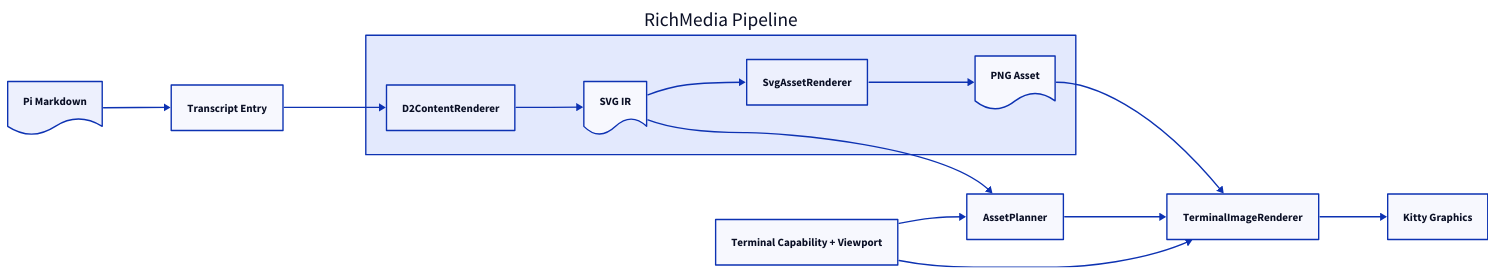
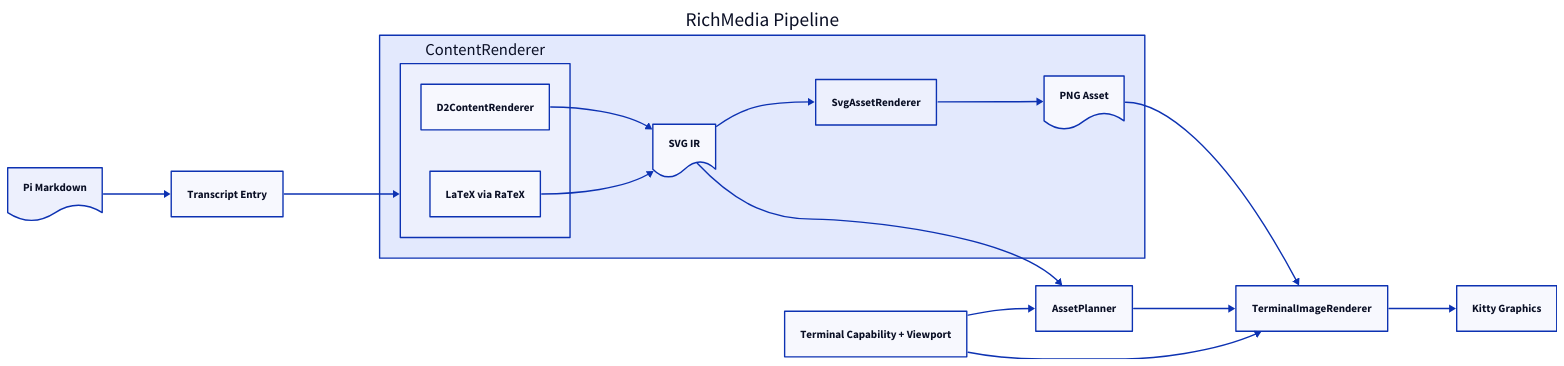
The diagram in README.md (yanyaoer/pi-inline-viz), drawn with D2 before and after one commit. The commit also changed other lines of this file and 23 other files, not shown here.

````diff
--- a/README.md
+++ b/README.md
@@ -14,39 +14,43 @@
 ```d2
 direction: right
 
 markdown: Pi Markdown {
   shape: document
 }
 entry: Transcript Entry
 pipeline: RichMedia Pipeline {
   direction: down
   content: ContentRenderer {
-    label: D2ContentRenderer
+    direction: down
+    d2: D2ContentRenderer
+    latex: LaTeX via RaTeX
   }
   svg: SVG IR {
     shape: document
   }
   asset: AssetRenderer {
     label: SvgAssetRenderer
   }
   png: PNG Asset {
     shape: document
   }
 
-  content -> svg -> asset -> png
+  content.d2 -> svg
+  content.latex -> svg
+  svg -> asset -> png
 }
 planner: AssetPlanner
 terminal: TerminalRenderer {
   label: TerminalImageRenderer
 }
 environment: Terminal Capability + Viewport
 kitty: Kitty Graphics
 
 markdown -> entry -> pipeline.content
 pipeline.svg -> planner
 environment -> planner
 planner -> terminal
 pipeline.png -> terminal
 environment -> terminal
 terminal -> kitty
 ```
````
